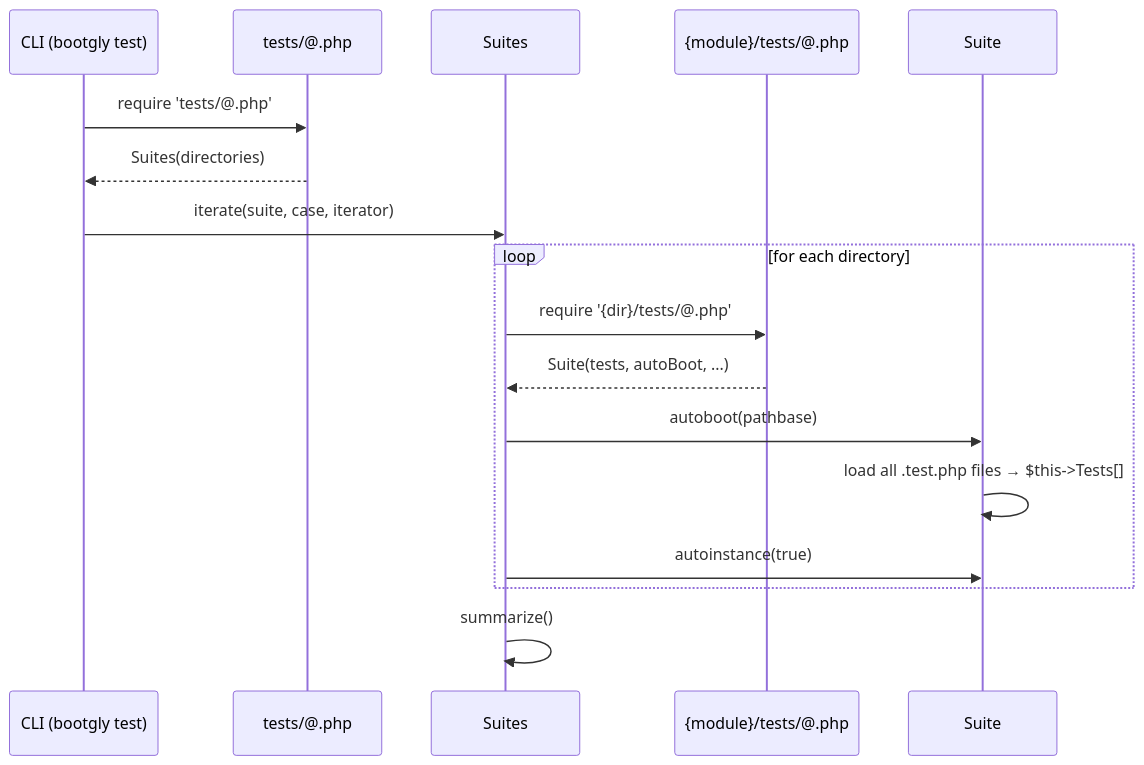
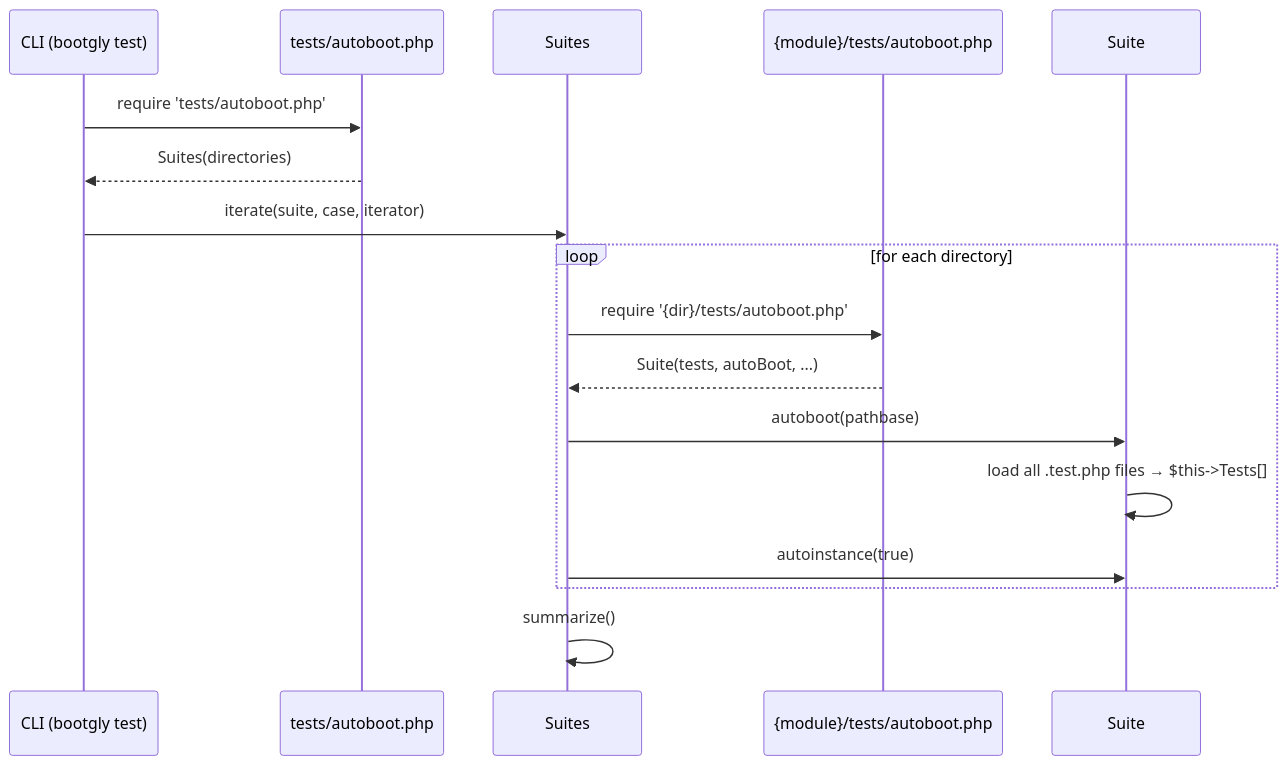
Before and after one commit to bootgly/bootgly: the second of 6 diagrams in Bootgly/ACI/Tests/ARCHITECTURE.md, drawn with Mermaid. The commit also changed other lines of this file and 114 other files, not shown here.

First line of the commit message:
refactor: unify directory-entry filename to `autoboot.php` (one-way)

````diff
--- a/Bootgly/ACI/Tests/ARCHITECTURE.md
+++ b/Bootgly/ACI/Tests/ARCHITECTURE.md
@@ -498,22 +498,22 @@
 ```mermaid
 sequenceDiagram
     participant CLI as CLI (bootgly test)
-    participant Root as tests/@.php
+    participant Root as tests/autoboot.php
     participant Suites as Suites
-    participant SuiteBootstrap as {module}/tests/@.php
+    participant SuiteBootstrap as {module}/tests/autoboot.php
     participant Suite as Suite
 
-    CLI->>Root: require 'tests/@.php'
+    CLI->>Root: require 'tests/autoboot.php'
     Root-->>CLI: Suites(directories)
     CLI->>Suites: iterate(suite, case, iterator)
 
     loop for each directory
-        Suites->>SuiteBootstrap: require '{dir}/tests/@.php'
+        Suites->>SuiteBootstrap: require '{dir}/tests/autoboot.php'
         SuiteBootstrap-->>Suites: Suite(tests, autoBoot, ...)
         Suites->>Suite: autoboot(pathbase)
         Suite->>Suite: load all .test.php files → $this->Tests[]
         Suites->>Suite: autoinstance(true)
     end
 
     Suites->>Suites: summarize()
 ```
````
